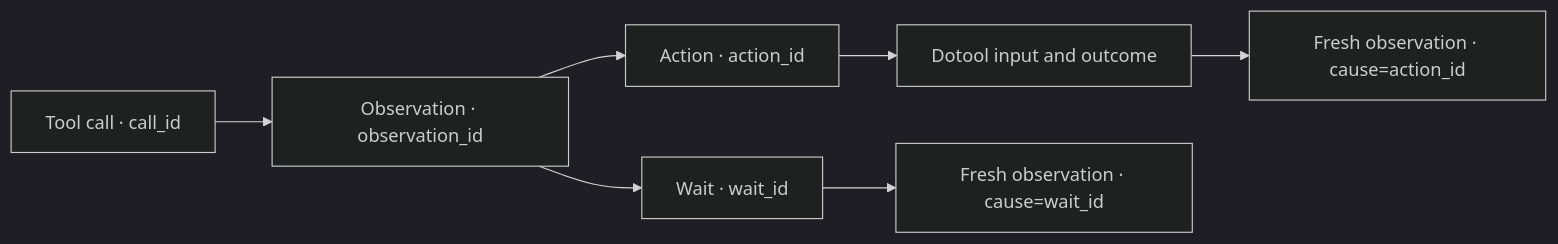
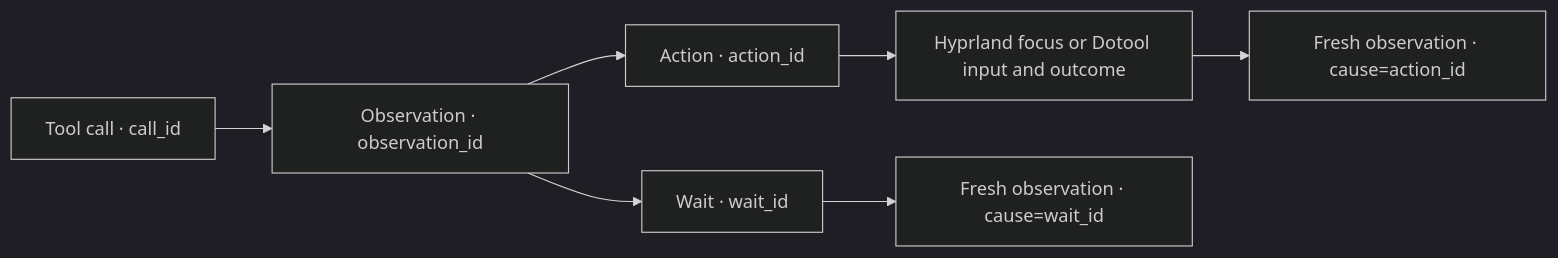
Before and after one commit to MetalCloth/mini-hermes: the diagram in src/docs/22-computer-tracing.md, drawn with Mermaid (dark theme). The commit also changed other lines of this file and 7 other files, not shown here.

````diff
--- a/src/docs/22-computer-tracing.md
+++ b/src/docs/22-computer-tracing.md
@@ -43,9 +44,9 @@
 ```mermaid
 flowchart LR
     T["Tool call · call_id"] --> O["Observation · observation_id"]
     O --> A["Action · action_id"]
-    A --> I["Dotool input and outcome"]
+    A --> I["Hyprland focus or Dotool input and outcome"]
     I --> N["Fresh observation · cause=action_id"]
     O --> W["Wait · wait_id"]
     W --> R["Fresh observation · cause=wait_id"]
 ```
````
